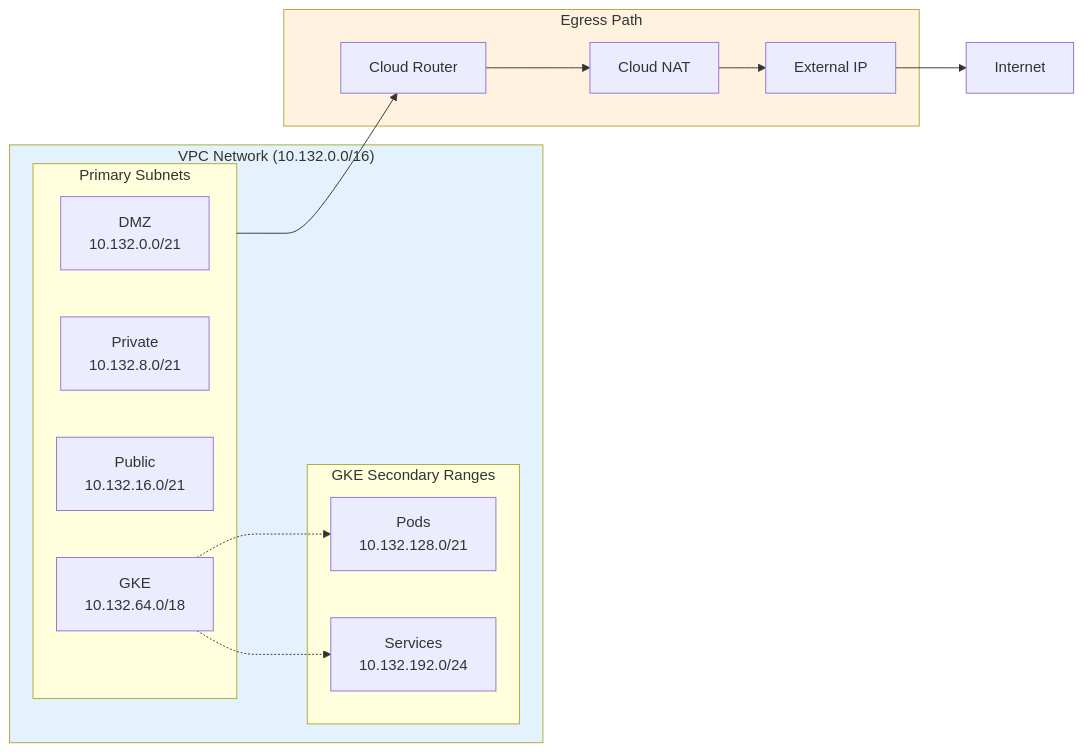
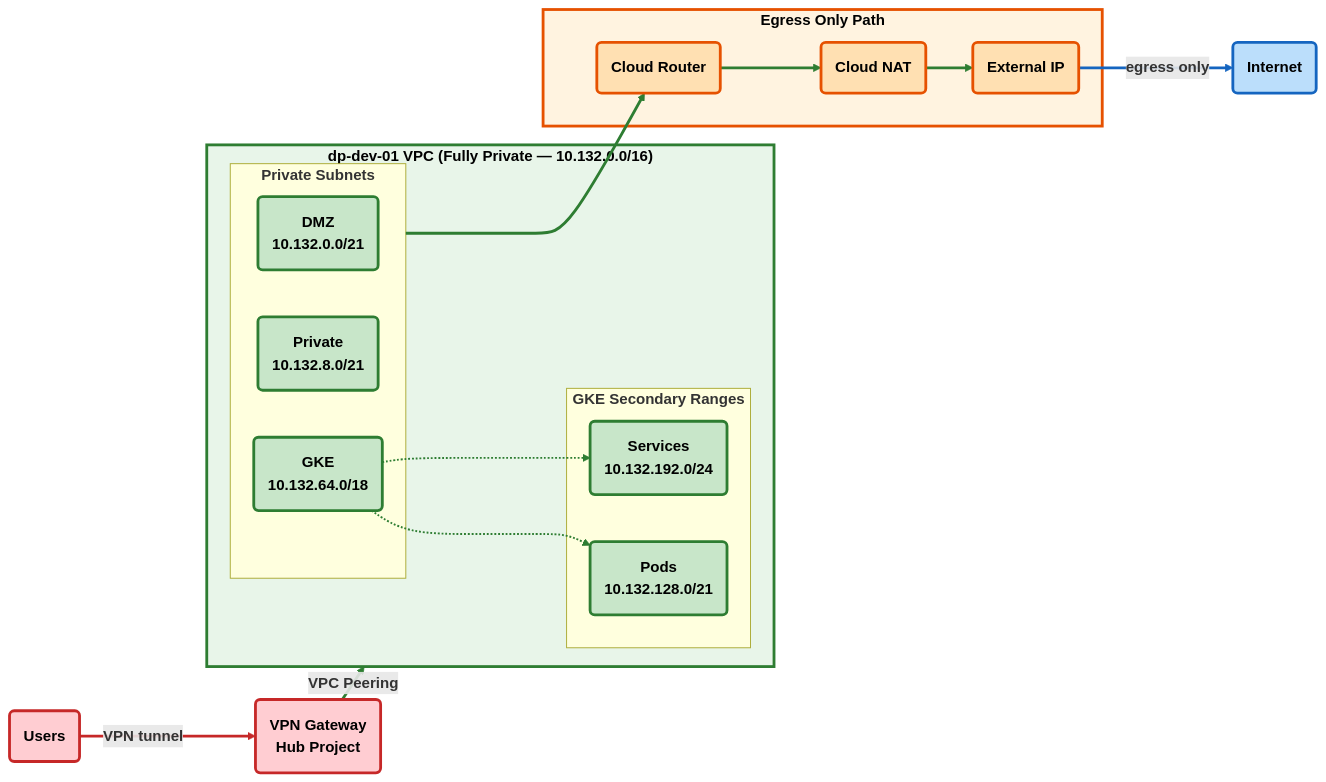
The second of 7 diagrams in docs/ARCHITECTURE_DIAGRAM.md (spolspol/terragrunt-gcp-org-automation), drawn with Mermaid before and after one commit. The commit also changed other lines of this file and 243 other files, not shown here.

````diff
--- a/docs/ARCHITECTURE_DIAGRAM.md
+++ b/docs/ARCHITECTURE_DIAGRAM.md
@@ -149,32 +287,56 @@
 ```mermaid
 flowchart LR
-    subgraph VPCDetail["VPC Network (10.132.0.0/16)"]
-        subgraph PrimaryNets["Primary Subnets"]
-            D[DMZ<br/>10.132.0.0/21]
-            P[Private<br/>10.132.8.0/21]
-            PU[Public<br/>10.132.16.0/21]
-            G[GKE<br/>10.132.64.0/18]
+    U("<b>Users</b>") ==>|"<b>VPN tunnel</b>"| VPN("<b>VPN Gateway<br/>Hub Project</b>")
+    VPN ==>|"<b>VPC Peering</b>"| VPCDetail
+
+    subgraph VPCDetail["<b>dp-dev-01 VPC (Fully Private — 10.132.0.0/16)</b>"]
+        subgraph PrimaryNets["<b>Private Subnets</b>"]
+            D("<b>DMZ<br/>10.132.0.0/21</b>")
+            P("<b>Private<br/>10.132.8.0/21</b>")
+            G("<b>GKE<br/>10.132.64.0/18</b>")
         end
-        
-        subgraph SecondaryNets["GKE Secondary Ranges"]
-            POD[Pods<br/>10.132.128.0/21]
-            SVC[Services<br/>10.132.192.0/24]
+
+        subgraph SecondaryNets["<b>GKE Secondary Ranges</b>"]
+            POD("<b>Pods<br/>10.132.128.0/21</b>")
+            SVC("<b>Services<br/>10.132.192.0/24</b>")
         end
-        
+
         G -.-> POD
         G -.-> SVC
     end
-    
-    subgraph EgressPath["Egress Path"]
-        CR[Cloud Router]
-        CN[Cloud NAT]
-        EIP[External IP]
-        CR --> CN --> EIP
+
+    subgraph EgressPath["<b>Egress Only Path</b>"]
+        CR("<b>Cloud Router</b>")
+        CN("<b>Cloud NAT</b>")
+        EIP("<b>External IP</b>")
+        CR ==> CN ==> EIP
     end
-    
-    PrimaryNets --> CR
-    EIP --> I[Internet]
-    
-    style VPCDetail fill:#e3f2fd
-    style EgressPath fill:#fff3e0
+
+    PrimaryNets ==> CR
+    EIP ==>|"<b>egress only</b>"| I("<b>Internet</b>")
+
+    %% Node styles
+    classDef public fill:#ffcdd2,stroke:#c62828,stroke-width:3px,font-weight:bold,color:#000
+    classDef private fill:#c8e6c9,stroke:#2e7d32,stroke-width:3px,font-weight:bold,color:#000
+    classDef internet fill:#bbdefb,stroke:#1565c0,stroke-width:3px,font-weight:bold,color:#000
+    classDef egress fill:#ffe0b2,stroke:#e65100,stroke-width:3px,font-weight:bold,color:#000
+
+    class U public
+    class VPN public
+    class D,P,G,POD,SVC private
+    class CR,CN,EIP egress
+    class I internet
+
+    %% Link styles
+    linkStyle 0 stroke:#c62828,stroke-width:3px
+    linkStyle 1 stroke:#2e7d32,stroke-width:3px
+    linkStyle 2 stroke:#2e7d32,stroke-width:2px
+    linkStyle 3 stroke:#2e7d32,stroke-width:2px
+    linkStyle 4 stroke:#2e7d32,stroke-width:3px
+    linkStyle 5 stroke:#2e7d32,stroke-width:3px
+    linkStyle 6 stroke:#2e7d32,stroke-width:3px
+    linkStyle 7 stroke:#1565c0,stroke-width:3px
+
+    style VPCDetail fill:#e8f5e9,stroke:#2e7d32,stroke-width:3px,color:#000
+    style EgressPath fill:#fff3e0,stroke:#e65100,stroke-width:3px,color:#000
 ```
````
